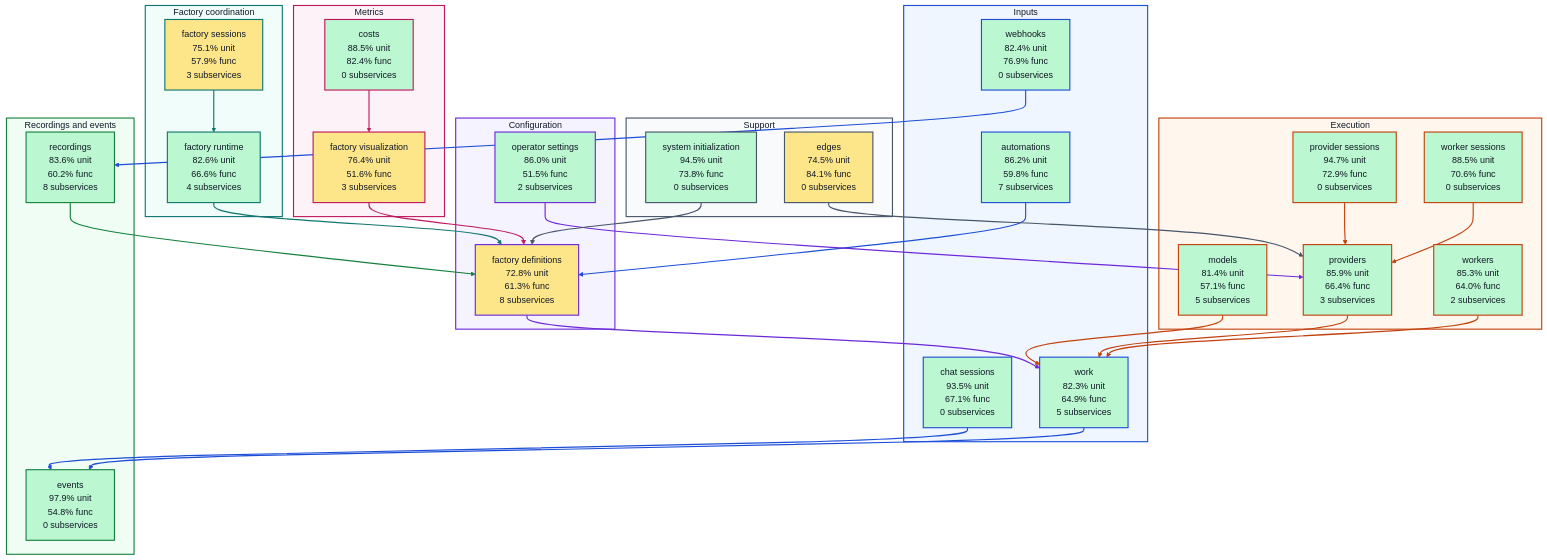
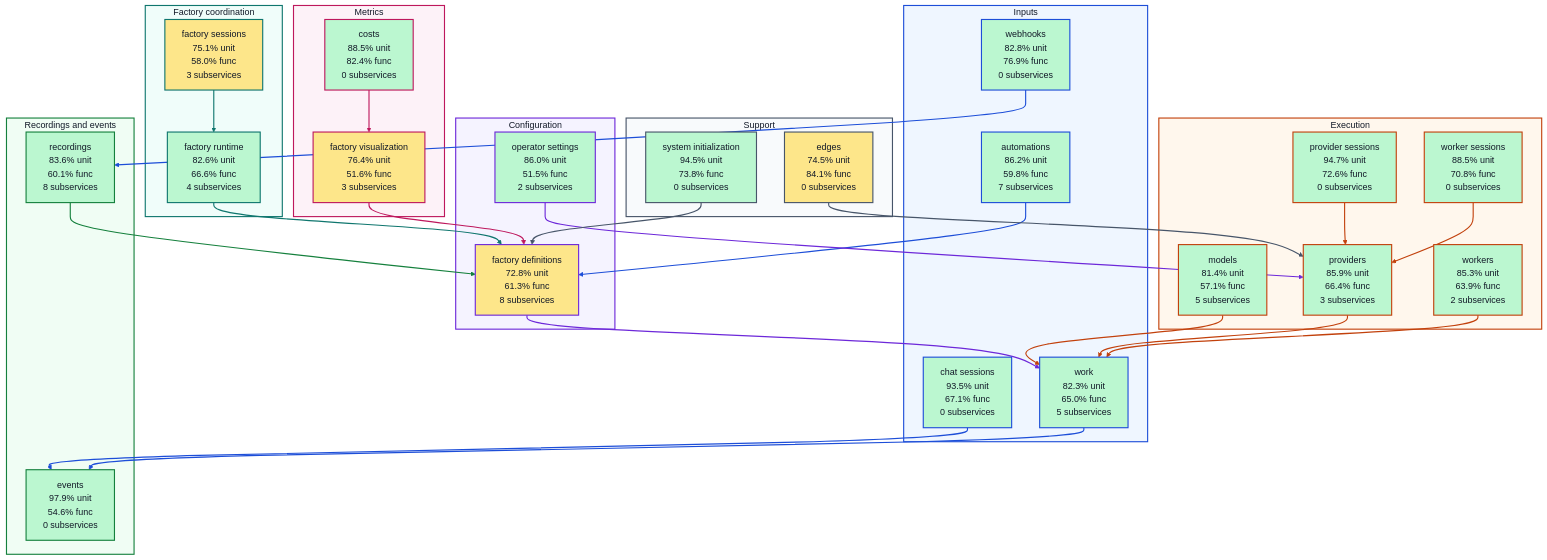
One commit to portpowered/you-agent-factory changed the diagram in docs/architecture/visualizations/high-level-test-coverage.md. Above: the diagram before and after it, drawn with Mermaid. The commit also changed other lines of this file and 19 other files, not shown here.

Commit message:
docs: refresh backend architecture visualizations

```diff
--- a/docs/architecture/visualizations/high-level-test-coverage.md
+++ b/docs/architecture/visualizations/high-level-test-coverage.md
@@ -13,8 +13,8 @@
   subgraph input["Inputs"]
     s_services_automations["automations<br/>86.2% unit<br/>59.8% func<br/>7 subservices"]
     s_services_chat_sessions["chat sessions<br/>93.5% unit<br/>67.1% func<br/>0 subservices"]
-    s_services_webhooks["webhooks<br/>82.4% unit<br/>76.9% func<br/>0 subservices"]
-    s_services_work["work<br/>82.3% unit<br/>64.9% func<br/>5 subservices"]
+    s_services_webhooks["webhooks<br/>82.8% unit<br/>76.9% func<br/>0 subservices"]
+    s_services_work["work<br/>82.3% unit<br/>65.0% func<br/>5 subservices"]
   end
   subgraph configuration["Configuration"]
     s_services_factory_definitions["factory definitions<br/>72.8% unit<br/>61.3% func<br/>8 subservices"]
@@ -22,18 +22,18 @@
   end
   subgraph coordination["Factory coordination"]
     s_services_factory_runtime["factory runtime<br/>82.6% unit<br/>66.6% func<br/>4 subservices"]
-    s_services_factory_sessions["factory sessions<br/>75.1% unit<br/>57.9% func<br/>3 subservices"]
+    s_services_factory_sessions["factory sessions<br/>75.1% unit<br/>58.0% func<br/>3 subservices"]
   end
   subgraph execution["Execution"]
     s_services_models["models<br/>81.4% unit<br/>57.1% func<br/>5 subservices"]
-    s_services_provider_sessions["provider sessions<br/>94.7% unit<br/>72.9% func<br/>0 subservices"]
+    s_services_provider_sessions["provider sessions<br/>94.7% unit<br/>72.6% func<br/>0 subservices"]
     s_services_providers["providers<br/>85.9% unit<br/>66.4% func<br/>3 subservices"]
-    s_services_worker_sessions["worker sessions<br/>88.5% unit<br/>70.6% func<br/>0 subservices"]
-    s_services_workers["workers<br/>85.3% unit<br/>64.0% func<br/>2 subservices"]
+    s_services_worker_sessions["worker sessions<br/>88.5% unit<br/>70.8% func<br/>0 subservices"]
+    s_services_workers["workers<br/>85.3% unit<br/>63.9% func<br/>2 subservices"]
   end
   subgraph recordings["Recordings and events"]
-    s_services_events["events<br/>97.9% unit<br/>54.8% func<br/>0 subservices"]
-    s_services_recordings["recordings<br/>83.6% unit<br/>60.2% func<br/>8 subservices"]
+    s_services_events["events<br/>97.9% unit<br/>54.6% func<br/>0 subservices"]
+    s_services_recordings["recordings<br/>83.6% unit<br/>60.1% func<br/>8 subservices"]
   end
   subgraph metrics["Metrics"]
     s_services_costs["costs<br/>88.5% unit<br/>82.4% func<br/>0 subservices"]
```
